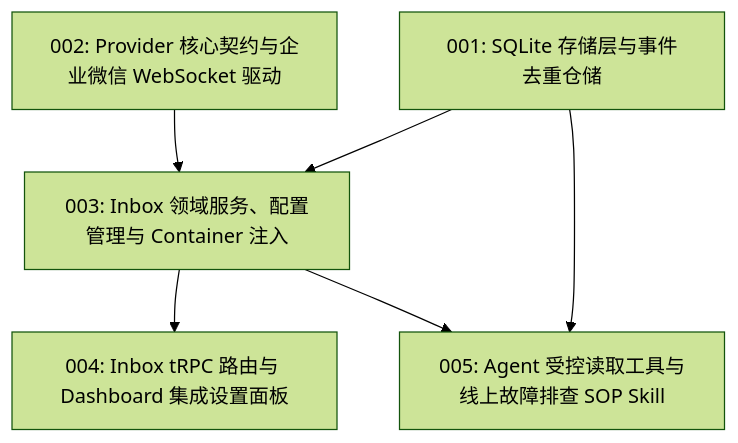
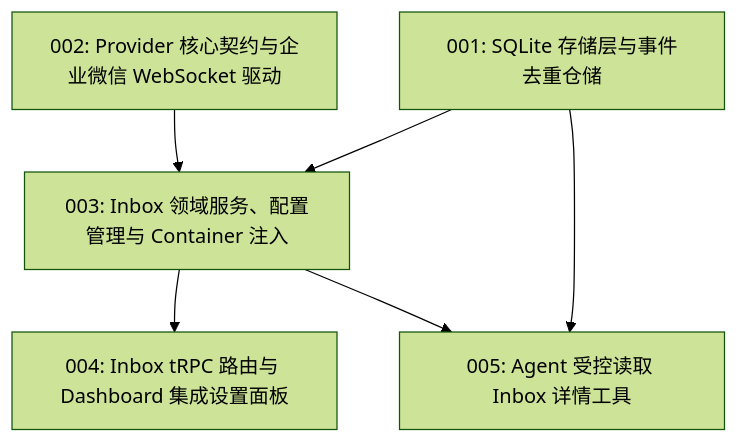
One commit to edisonLzy/Rover changed the diagram in docs/tickets/m3/README.md. Above: the diagram before and after it, drawn with Mermaid (forest theme). The commit also changed other lines of this file and 24 other files, not shown here.

````diff
--- a/docs/tickets/m3/README.md
+++ b/docs/tickets/m3/README.md
@@ -12,16 +12,16 @@
 ```mermaid
 flowchart TD
   T001["001: SQLite 存储层与事件去重仓储"]
   T002["002: Provider 核心契约与企业微信 WebSocket 驱动"]
 
   T003["003: Inbox 领域服务、配置管理与 Container 注入"]
   T001 --> T003
   T002 --> T003
 
   T004["004: Inbox tRPC 路由与 Dashboard 集成设置面板"]
   T003 --> T004
 
-  T005["005: Agent 受控读取工具与线上故障排查 SOP Skill"]
+  T005["005: Agent 受控读取 Inbox 详情工具"]
   T001 --> T005
   T003 --> T005
 ```
````
